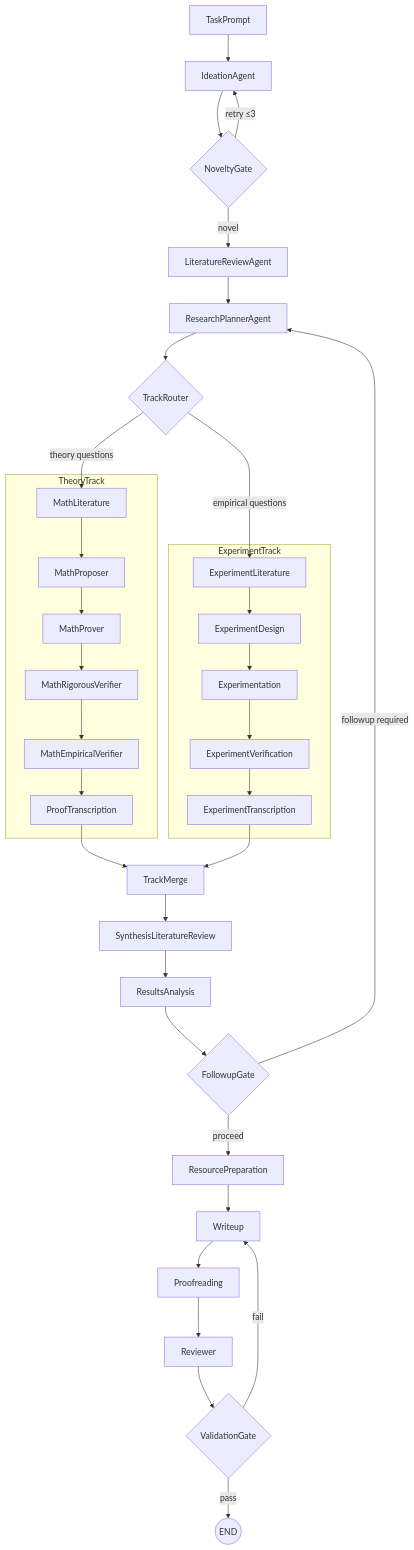
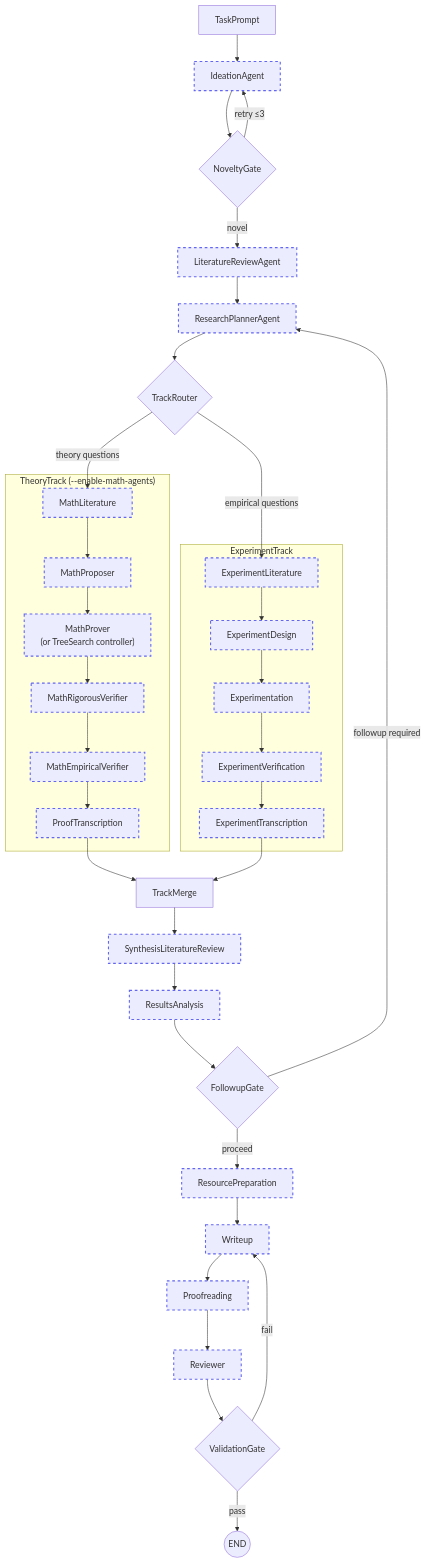
Before and after one commit to andreb999999/pAI-physics: the first of 5 diagrams in README.md, drawn with Mermaid. The commit also changed other lines of this file and 30 other files, not shown here.

First line of the commit message:
Add autonomous repair agent, budget management, tree search enhancements, and comprehensive README update

````diff
--- a/README.md
+++ b/README.md
@@ -175,44 +182,47 @@
 ```mermaid
 flowchart TD
     taskPrompt[TaskPrompt] --> ideation[IdeationAgent]
     ideation --> noveltyGate{NoveltyGate}
     noveltyGate -->|"novel"| litReview[LiteratureReviewAgent]
     noveltyGate -->|"retry ≤3"| ideation
     litReview --> planner[ResearchPlannerAgent]
     planner --> trackRouter{TrackRouter}
 
-    subgraph theoryTrack [TheoryTrack]
+    subgraph theoryTrack ["TheoryTrack (--enable-math-agents)"]
         mathLit[MathLiterature]
         mathProp[MathProposer]
-        mathProver[MathProver]
+        mathProver["MathProver\n(or TreeSearch controller)"]
         mathRigorous[MathRigorousVerifier]
         mathEmpirical[MathEmpiricalVerifier]
         proofTrans[ProofTranscription]
         mathLit --> mathProp --> mathProver --> mathRigorous --> mathEmpirical --> proofTrans
     end
 
     subgraph experimentTrack [ExperimentTrack]
         expLit[ExperimentLiterature]
         expDesign[ExperimentDesign]
         expExec[Experimentation]
         expVerify[ExperimentVerification]
         expTrans[ExperimentTranscription]
         expLit --> expDesign --> expExec --> expVerify --> expTrans
     end
 
     trackRouter -->|"theory questions"| mathLit
     trackRouter -->|"empirical questions"| expLit
     proofTrans --> trackMerge[TrackMerge]
     expTrans --> trackMerge
     trackMerge --> synthLit[SynthesisLiteratureReview]
     synthLit --> resultsAnalysis[ResultsAnalysis]
     resultsAnalysis --> followupGate{FollowupGate}
     followupGate -->|"followup required"| planner
     followupGate -->|"proceed"| resourcePrep[ResourcePreparation]
     resourcePrep --> writeup[Writeup]
     writeup --> proofread[Proofreading]
     proofread --> reviewer[Reviewer]
     reviewer --> validationGate{ValidationGate}
     validationGate -->|pass| endNode((END))
     validationGate -->|fail| writeup
+
+    classDef counselNode stroke:#6366f1,stroke-width:2px,stroke-dasharray:5
+    class ideation,litReview,planner,mathLit,mathProp,mathProver,mathRigorous,mathEmpirical,proofTrans,expLit,expDesign,expExec,expVerify,expTrans,synthLit,resultsAnalysis,resourcePrep,writeup,proofread,reviewer counselNode
 ```
````
